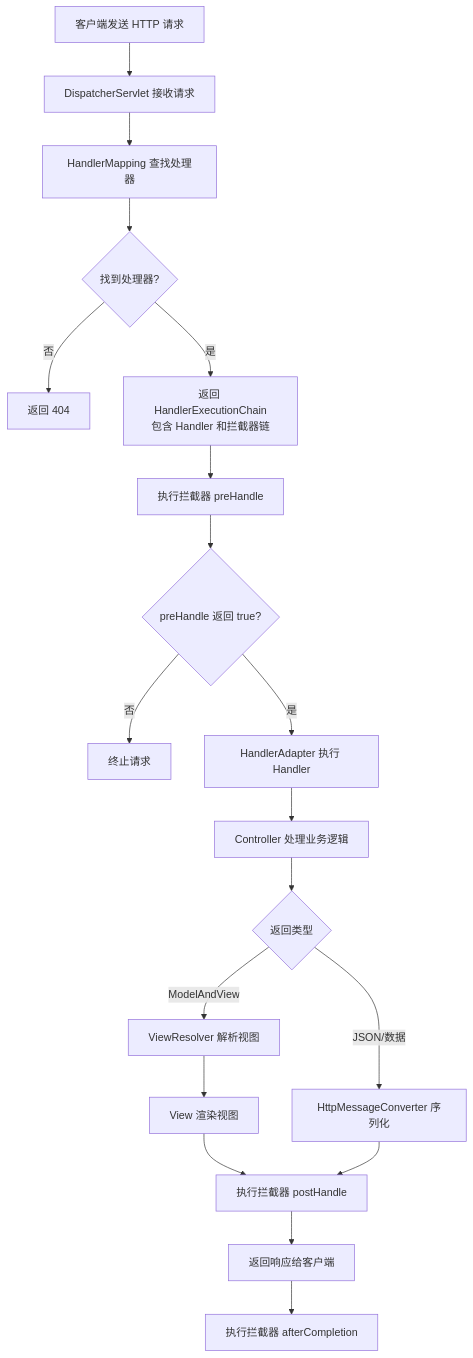
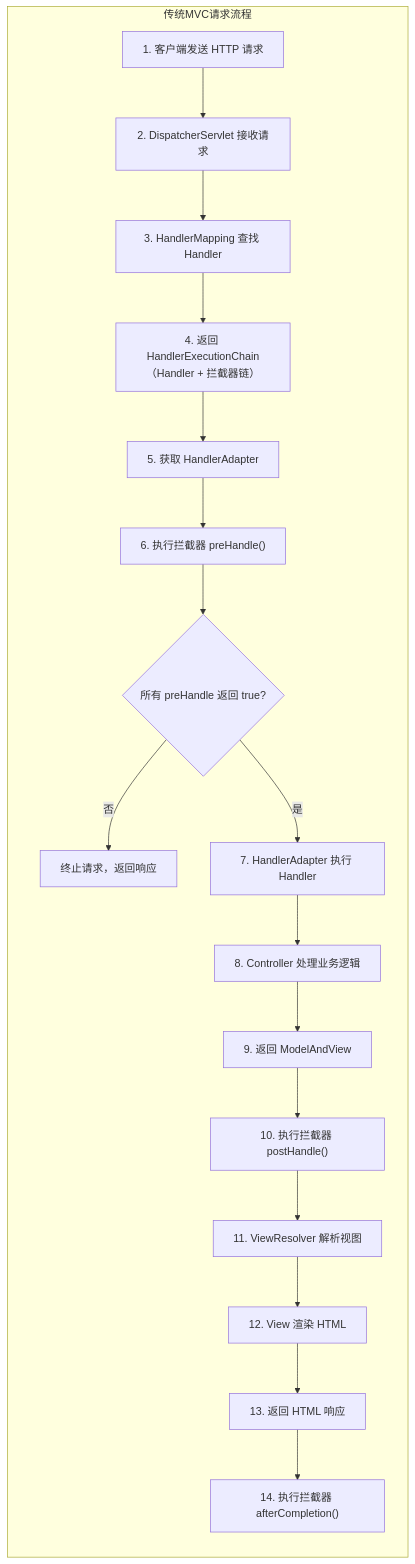
Before and after one commit to watslab/interview_doc: the sixth of 11 diagrams in document/Spring/SpringMVC 核心原理详解.md, drawn with Mermaid. The commit also changed other lines of this file and 2 other files, not shown here.

````diff
--- a/document/Spring/SpringMVC 核心原理详解.md
+++ b/document/Spring/SpringMVC 核心原理详解.md
@@ -105,21 +387,21 @@
 ```mermaid
 flowchart TB
-    A[客户端发送 HTTP 请求] --> B[DispatcherServlet 接收请求]
-    B --> C[HandlerMapping 查找处理器]
-    C --> D{找到处理器?}
-    D -->|否| E[返回 404]
-    D -->|是| F[返回 HandlerExecutionChain<br/>包含 Handler 和拦截器链]
-    F --> G[执行拦截器 preHandle]
-    G --> H{preHandle 返回 true?}
-    H -->|否| I[终止请求]
-    H -->|是| J[HandlerAdapter 执行 Handler]
-    J --> K[Controller 处理业务逻辑]
-    K --> L{返回类型}
-    L -->|ModelAndView| M[ViewResolver 解析视图]
-    M --> N[View 渲染视图]
-    L -->|JSON/数据| O[HttpMessageConverter 序列化]
-    N --> P[执行拦截器 postHandle]
-    O --> P
-    P --> Q[返回响应给客户端]
-    Q --> R[执行拦截器 afterCompletion]
+    subgraph 传统MVC请求流程
+        direction TB
+        A["1. 客户端发送 HTTP 请求"] --> B["2. DispatcherServlet 接收请求"]
+        B --> C["3. HandlerMapping 查找 Handler"]
+        C --> D["4. 返回 HandlerExecutionChain<br/>（Handler + 拦截器链）"]
+        D --> E["5. 获取 HandlerAdapter"]
+        E --> F["6. 执行拦截器 preHandle()"]
+        F --> G{"所有 preHandle 返回 true?"}
+        G -->|否| H["终止请求，返回响应"]
+        G -->|是| I["7. HandlerAdapter 执行 Handler"]
+        I --> J["8. Controller 处理业务逻辑"]
+        J --> K["9. 返回 ModelAndView"]
+        K --> L["10. 执行拦截器 postHandle()"]
+        L --> M["11. ViewResolver 解析视图"]
+        M --> N["12. View 渲染 HTML"]
+        N --> O["13. 返回 HTML 响应"]
+        O --> P["14. 执行拦截器 afterCompletion()"]
+    end
 ```
````
